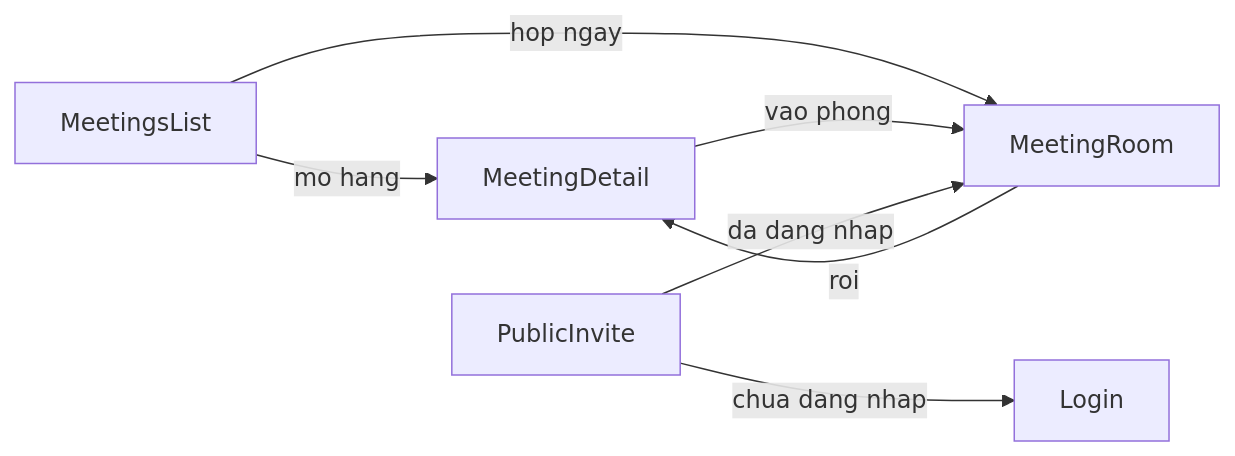
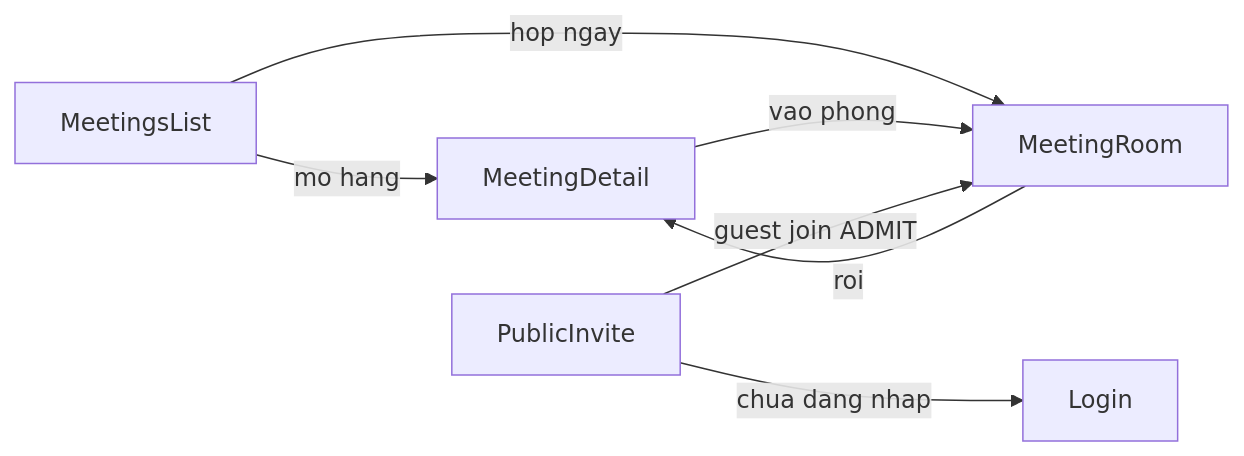
The diagram in docs/meeting-ui-implementation-plan.md (UNIAI-TEAM/uniwork), drawn with Mermaid before and after one commit. The commit also changed other lines of this file and 115 other files, not shown here.

````diff
--- a/docs/meeting-ui-implementation-plan.md
+++ b/docs/meeting-ui-implementation-plan.md
@@ -35,13 +37,13 @@
 ```mermaid
 flowchart LR
   list[MeetingsList]
   detail[MeetingDetail]
   room[MeetingRoom]
   public[PublicInvite]
   list -->|mo hang| detail
   list -->|hop ngay| room
   detail -->|vao phong| room
   room -->|roi| detail
-  public -->|da dang nhap| room
+  public -->|guest join ADMIT| room
   public -->|chua dang nhap| login[Login]
 ```
````
